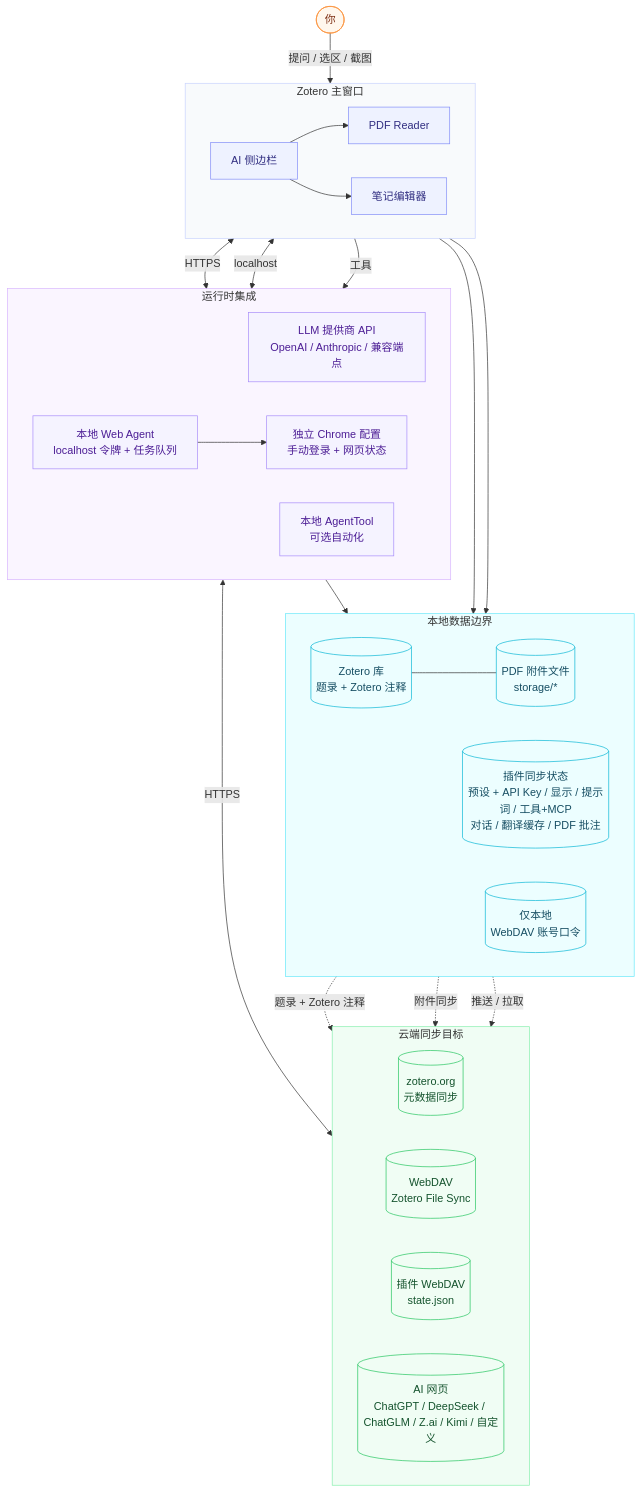
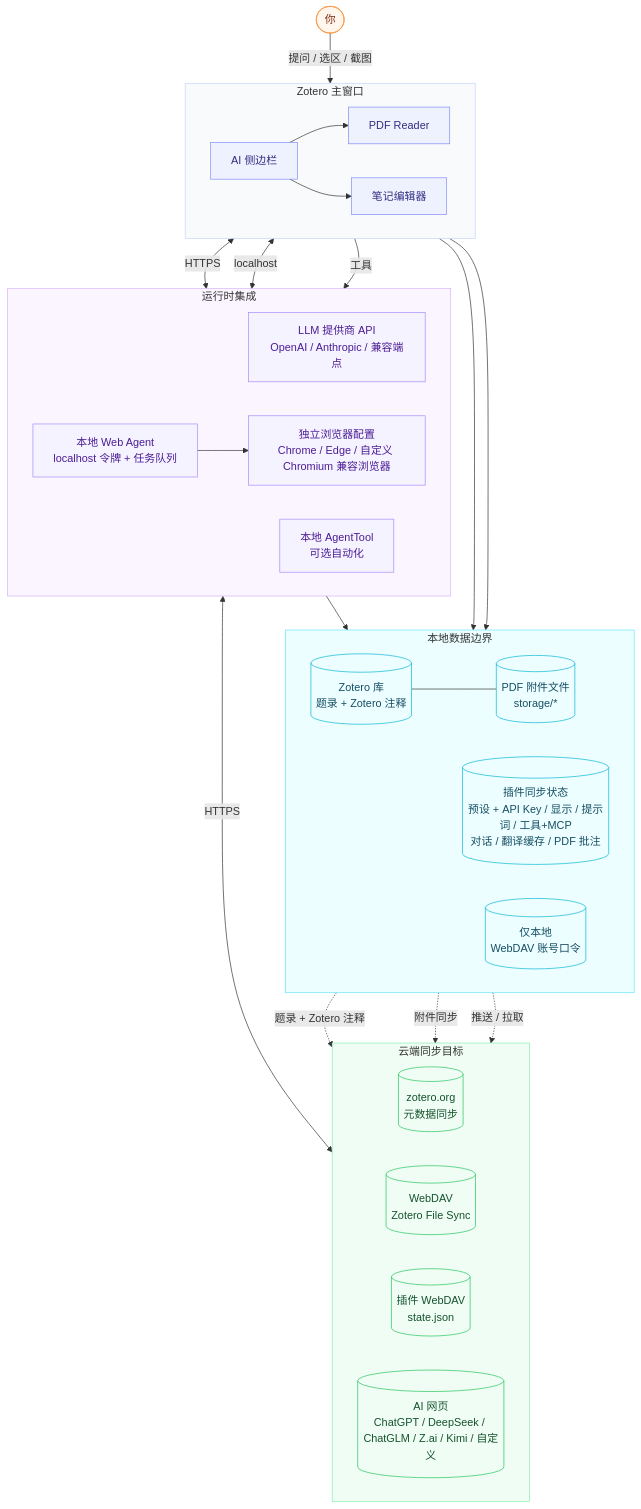
Before and after one commit to xuhan-rgb/zotero-ai-sidebar: the first of 2 diagrams in README.zh-CN.md, drawn with Mermaid. The commit also changed other lines of this file and 46 other files, not shown here.

````diff
--- a/README.zh-CN.md
+++ b/README.zh-CN.md
@@ -168,67 +179,67 @@
 ```mermaid
 flowchart TB
     User([你])
 
     subgraph UI[Zotero 主窗口]
         direction LR
         Side[AI 侧边栏]
         PDF[PDF Reader]
         Note[笔记编辑器]
         Side --> PDF
         Side --> Note
     end
 
     subgraph Local[本地数据边界]
         direction LR
         Core[(Zotero 库<br/>题录 + Zotero 注释)]
         Files[(PDF 附件文件<br/>storage/*)]
         PluginState[(插件同步状态<br/>预设 + API Key / 显示 / 提示词 / 工具+MCP<br/>对话 / 翻译缓存 / PDF 批注)]
         Secrets[(仅本地<br/>WebDAV 账号口令)]
     end
 
     subgraph Runtime[运行时集成]
         direction LR
         Provider[LLM 提供商 API<br/>OpenAI / Anthropic / 兼容端点]
         WebAgent[本地 Web Agent<br/>localhost 令牌 + 任务队列]
-        Browser[独立 Chrome 配置<br/>手动登录 + 网页状态]
+        Browser[独立浏览器配置<br/>Chrome / Edge / 自定义 Chromium 兼容浏览器]
         Tools[本地 AgentTool<br/>可选自动化]
     end
 
     subgraph Cloud[云端同步目标]
         direction LR
         ZoteroOrg[(zotero.org<br/>元数据同步)]
         FileDAV[(WebDAV<br/>Zotero File Sync)]
         PluginDAV[(插件 WebDAV<br/>state.json)]
         WebApps[(AI 网页<br/>ChatGPT / DeepSeek / ChatGLM / Z.ai / Kimi / 自定义)]
     end
 
     User -->|提问 / 选区 / 截图| Side
     Side <-->|HTTPS| Provider
     Side <-->|localhost| WebAgent
     WebAgent --> Browser
     Browser <-->|HTTPS| WebApps
     Side -->|工具| Tools
     Tools --> Core
     Side --> Secrets
     Side --> PluginState
     Core --- Files
 
     Core -.题录 + Zotero 注释.-> ZoteroOrg
     Files -.附件同步.-> FileDAV
     PluginState -.推送 / 拉取.-> PluginDAV
 
     classDef actor fill:#fff7ed,stroke:#fb923c,color:#7c2d12,stroke-width:1px;
     classDef zotero fill:#eef2ff,stroke:#818cf8,color:#312e81,stroke-width:1px;
     classDef local fill:#ecfeff,stroke:#06b6d4,color:#164e63,stroke-width:1px;
     classDef runtime fill:#f5f3ff,stroke:#a78bfa,color:#4c1d95,stroke-width:1px;
     classDef cloud fill:#f0fdf4,stroke:#22c55e,color:#14532d,stroke-width:1px;
     class User actor;
     class Side,PDF,Note zotero;
     class Core,Files,PluginState,Secrets local;
     class Provider,WebAgent,Browser,Tools runtime;
     class ZoteroOrg,FileDAV,PluginDAV,WebApps cloud;
     style UI fill:#f8fafc,stroke:#c7d2fe,stroke-width:1px
     style Local fill:#ecfeff,stroke:#67e8f9,stroke-width:1px
     style Runtime fill:#faf5ff,stroke:#d8b4fe,stroke-width:1px
     style Cloud fill:#f0fdf4,stroke:#86efac,stroke-width:1px
 ```
````
